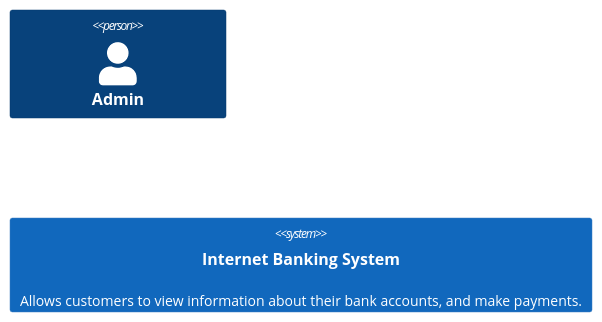
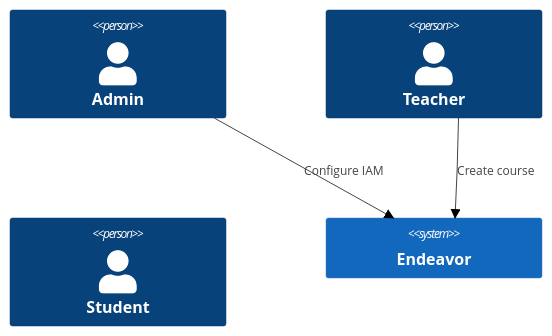
One commit to trancongbao/endeavor changed the diagram in docs/1. Overview/README.md. Above: the diagram before and after it, drawn with Mermaid (forest theme).

Commit message:
Documentation

````diff
--- a/docs/1. Overview/README.md
+++ b/docs/1. Overview/README.md
@@ -8,8 +8,11 @@
 ```mermaid
     C4Context
         Person(admin, "Admin")
-        Person(admin, "Admin")
-        Person(admin, "Admin")
+        Person(teacher, "Teacher")
+        Person(student, "Student")
 
-        System(SystemAA, "Internet Banking System", "Allows customers to view information about their bank accounts, and make payments.")
+        System(Endeavor, "Endeavor")
+
+        Rel(admin, Endeavor, "Configure IAM")
+        Rel(teacher, Endeavor, "Create course")
 ```
````
